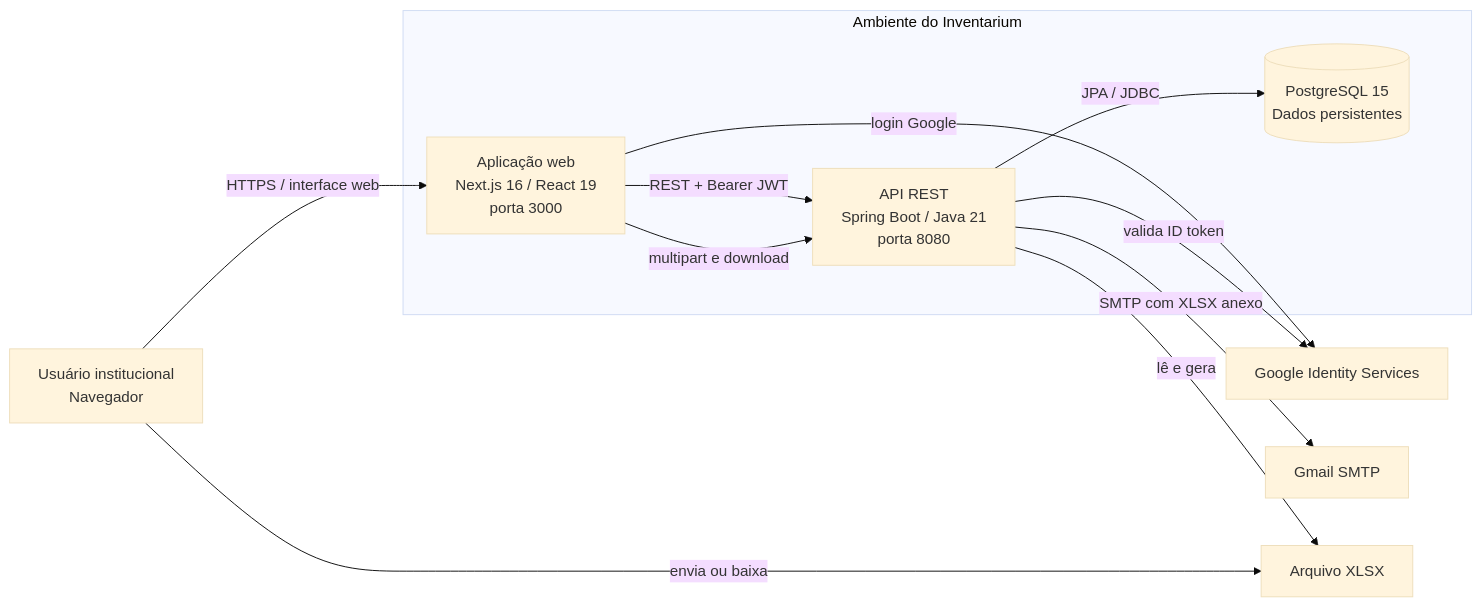
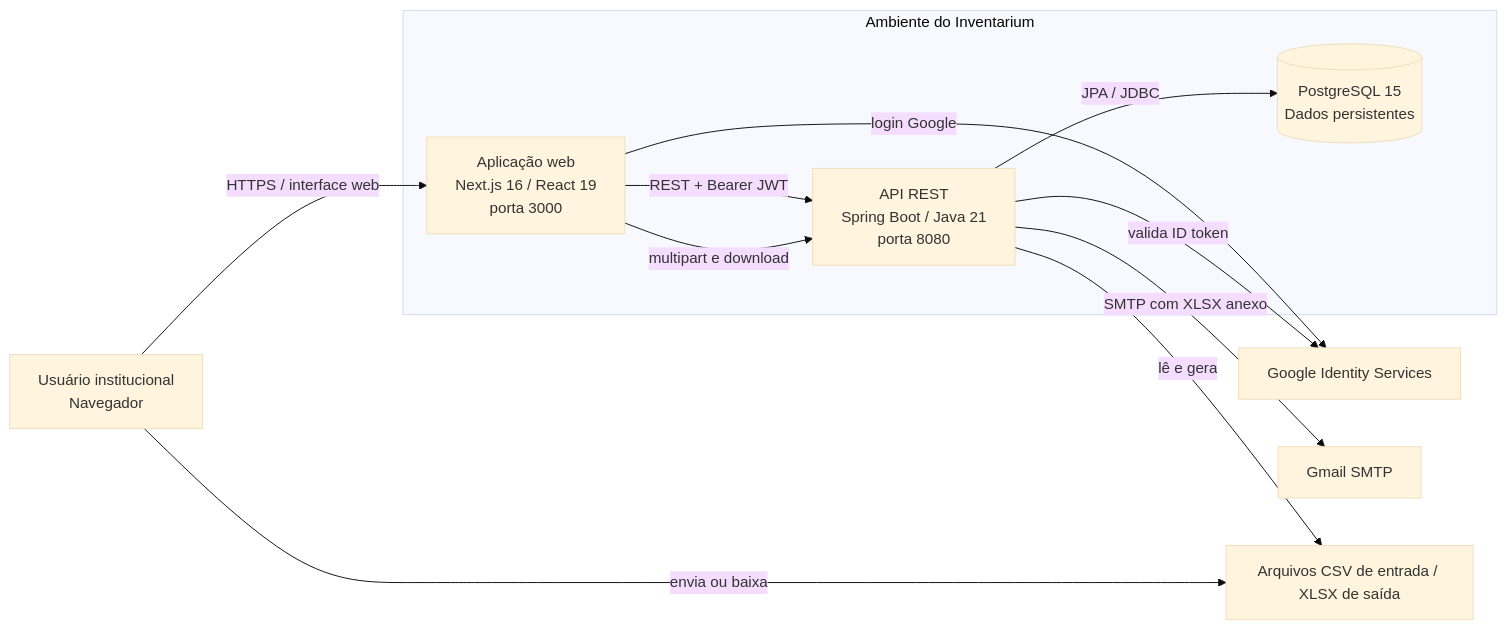
The diagram in docs/wiki/C4-Containers.md (ifpebj-ti/inventario-patrimonio-cces), drawn with Mermaid (base theme) before and after one commit. The commit also changed other lines of this file and 4 other files, not shown here.

````diff
--- a/docs/wiki/C4-Containers.md
+++ b/docs/wiki/C4-Containers.md
@@ -7,24 +7,24 @@
 ```mermaid
 flowchart LR
     usuario["Usuário institucional\nNavegador"]
 
     subgraph runtime["Ambiente do Inventarium"]
         web["Aplicação web\nNext.js 16 / React 19\nporta 3000"]
         api["API REST\nSpring Boot / Java 21\nporta 8080"]
         banco[("PostgreSQL 15\nDados persistentes")]
     end
 
     google["Google Identity Services"]
     smtp["Gmail SMTP"]
-    xlsx["Arquivo XLSX"]
+    xlsx["Arquivos CSV de entrada / XLSX de saída"]
 
     usuario -->|"HTTPS / interface web"| web
     web -->|"login Google"| google
     web -->|"REST + Bearer JWT"| api
     api -->|"valida ID token"| google
     api -->|"JPA / JDBC"| banco
     usuario -->|"envia ou baixa"| xlsx
     web -->|"multipart e download"| api
     api -->|"lê e gera"| xlsx
     api -->|"SMTP com XLSX anexo"| smtp
 ```
````
